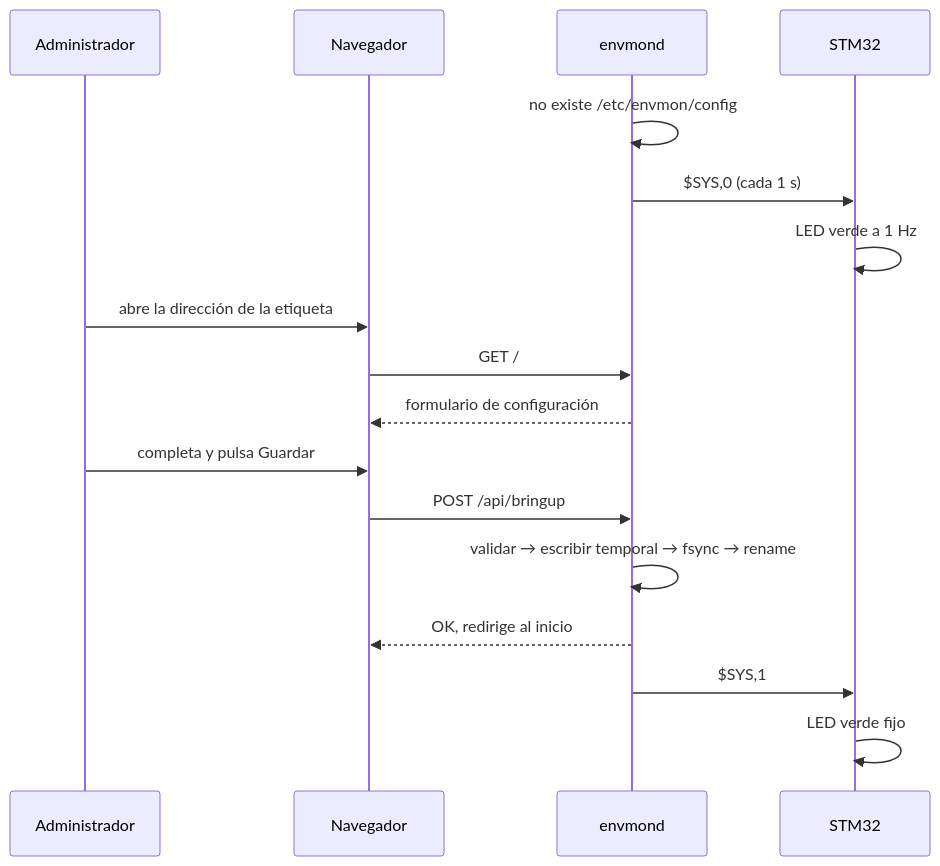
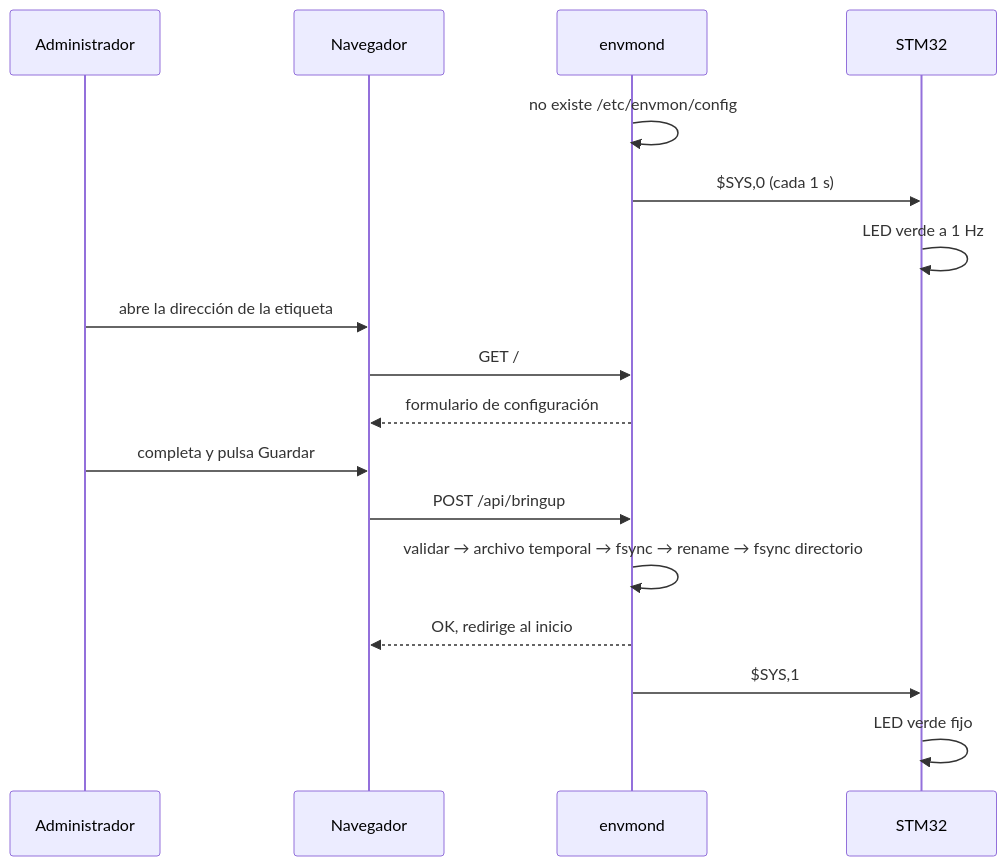
The seventh of 9 diagrams in docs/arquitectura.md (anhenaobe/smart-environmental-monitoring-system), drawn with Mermaid before and after one commit. The commit also changed other lines of this file and 5 other files, not shown here.

````diff
--- a/docs/arquitectura.md
+++ b/docs/arquitectura.md
@@ -220,19 +224,19 @@
 ```mermaid
 sequenceDiagram
     participant A as Administrador
     participant W as Navegador
     participant L as envmond
     participant M as STM32
     L->>L: no existe /etc/envmon/config
     L->>M: $SYS,0 (cada 1 s)
     M->>M: LED verde a 1 Hz
     A->>W: abre la dirección de la etiqueta
     W->>L: GET /
     L-->>W: formulario de configuración
     A->>W: completa y pulsa Guardar
     W->>L: POST /api/bringup
-    L->>L: validar → escribir temporal → fsync → rename
+    L->>L: validar → archivo temporal → fsync → rename → fsync directorio
     L-->>W: OK, redirige al inicio
     L->>M: $SYS,1
     M->>M: LED verde fijo
 ```
````
